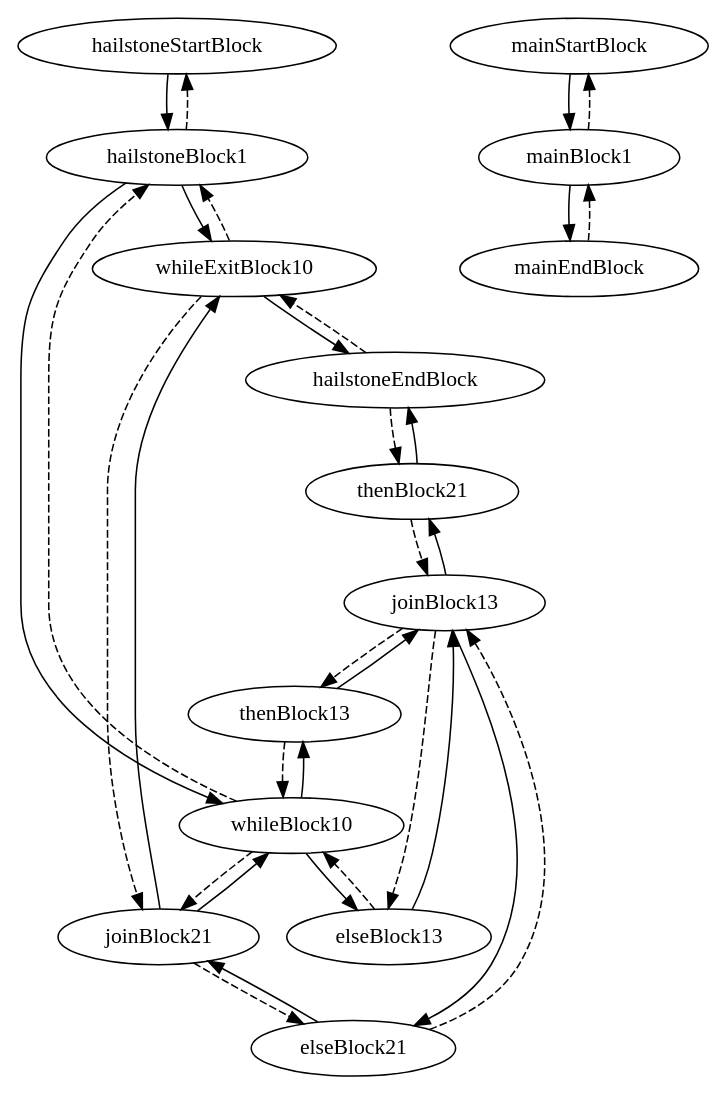
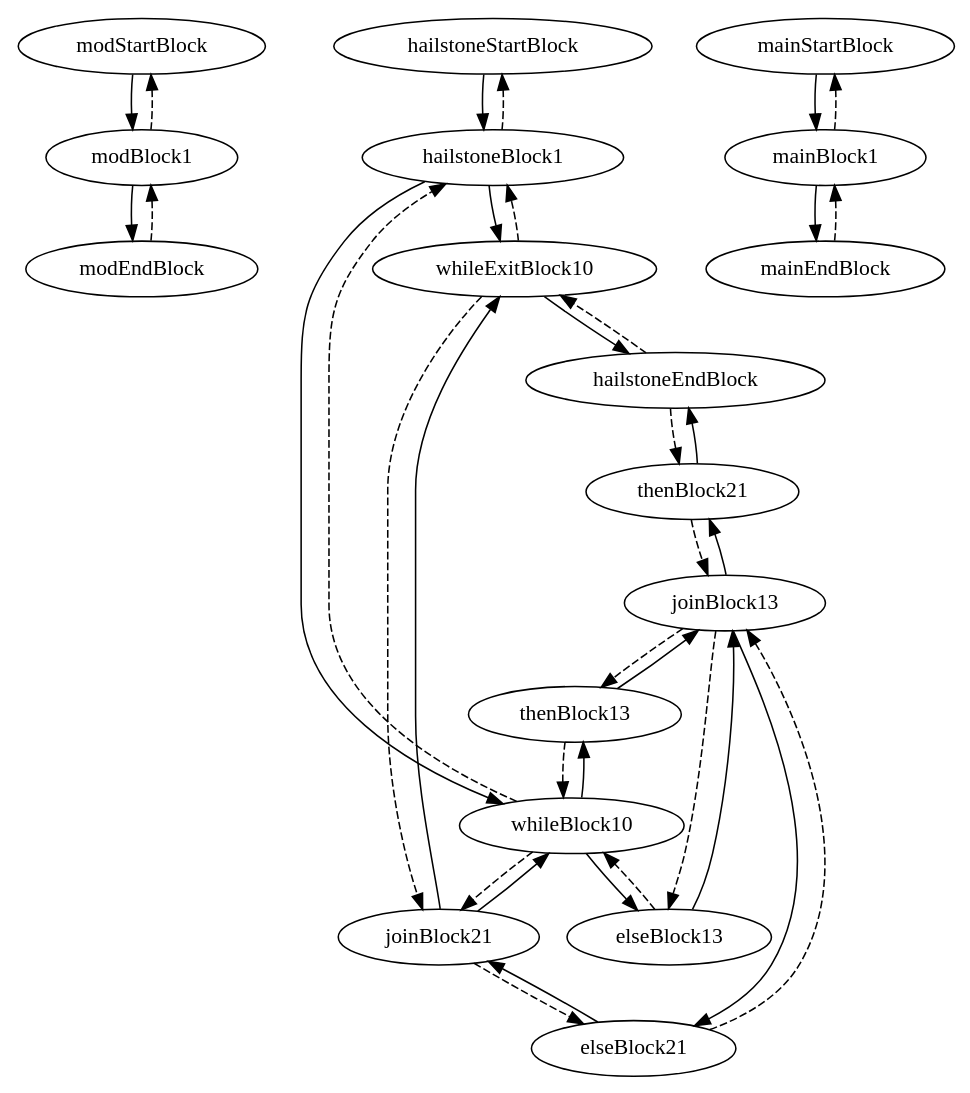
One commit to thomassimko/compiler changed the diagram in cfg.gv. Above: the diagram before and after it, drawn with Graphviz. The commit also changed 464 other files, not shown here.

```diff
--- a/cfg.gv
+++ b/cfg.gv
@@ -1,34 +1,38 @@
 digraph G {
-size ="8.5,11";hailstoneStartBlock -> hailstoneBlock1
+size ="8.5,11";modStartBlock -> modBlock1
+modBlock1 -> modEndBlock
+modBlock1 -> modStartBlock [style=dashed]
+modEndBlock -> modBlock1 [style=dashed]
+hailstoneStartBlock -> hailstoneBlock1
 hailstoneBlock1 -> whileBlock10
 hailstoneBlock1 -> whileExitBlock10
 hailstoneBlock1 -> hailstoneStartBlock [style=dashed]
 whileBlock10 -> thenBlock13
 whileBlock10 -> elseBlock13
 whileBlock10 -> hailstoneBlock1 [style=dashed]
 whileBlock10 -> joinBlock21 [style=dashed]
 thenBlock13 -> joinBlock13
 thenBlock13 -> whileBlock10 [style=dashed]
 elseBlock13 -> joinBlock13
 elseBlock13 -> whileBlock10 [style=dashed]
 joinBlock13 -> thenBlock21
 joinBlock13 -> elseBlock21
 joinBlock13 -> thenBlock13 [style=dashed]
 joinBlock13 -> elseBlock13 [style=dashed]
 thenBlock21 -> hailstoneEndBlock
 thenBlock21 -> joinBlock13 [style=dashed]
 elseBlock21 -> joinBlock21
 elseBlock21 -> joinBlock13 [style=dashed]
 joinBlock21 -> whileBlock10
 joinBlock21 -> whileExitBlock10
 joinBlock21 -> elseBlock21 [style=dashed]
 whileExitBlock10 -> hailstoneEndBlock
 whileExitBlock10 -> hailstoneBlock1 [style=dashed]
 whileExitBlock10 -> joinBlock21 [style=dashed]
 hailstoneEndBlock -> thenBlock21 [style=dashed]
 hailstoneEndBlock -> whileExitBlock10 [style=dashed]
 mainStartBlock -> mainBlock1
 mainBlock1 -> mainEndBlock
 mainBlock1 -> mainStartBlock [style=dashed]
 mainEndBlock -> mainBlock1 [style=dashed]
 }
```
